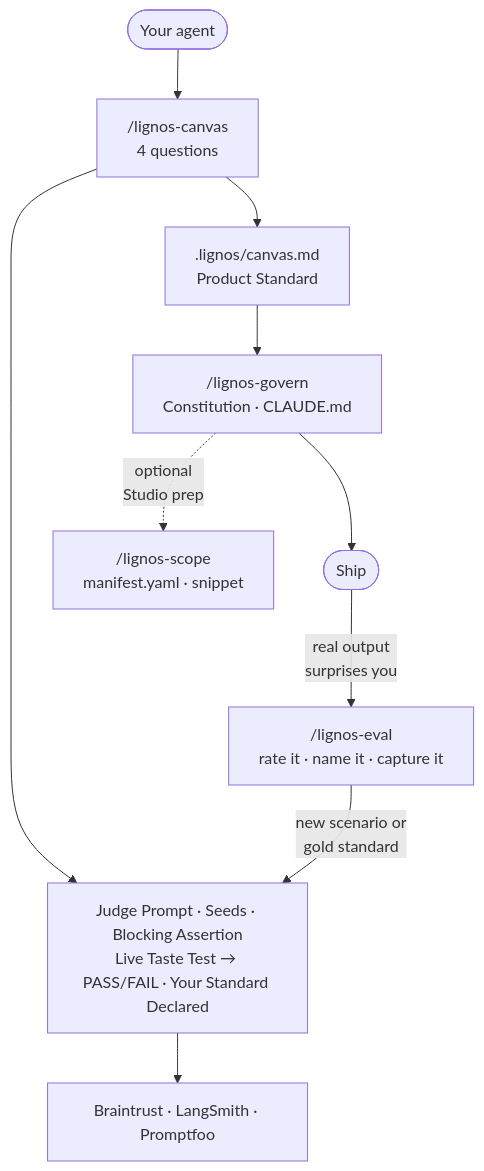
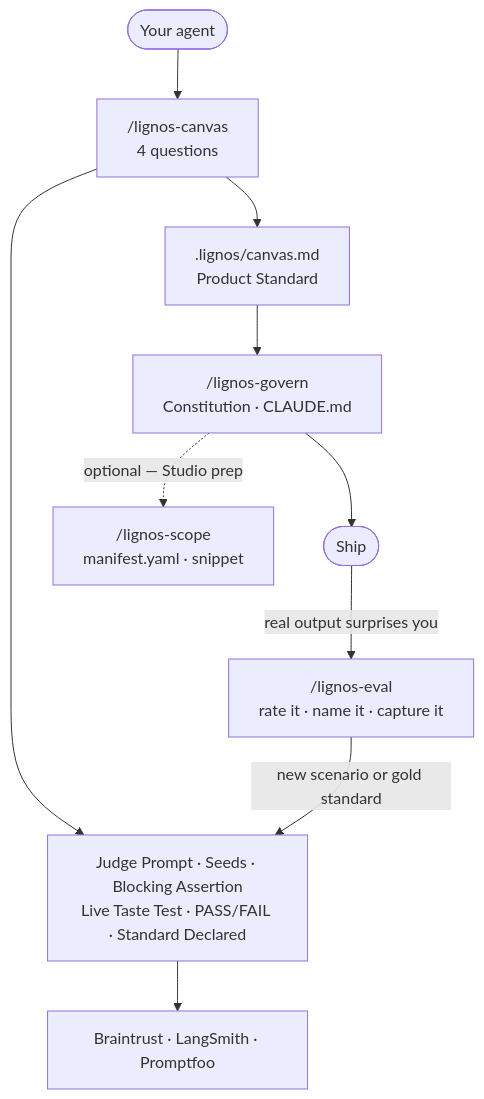
The diagram in README.md (lignos-ai/lignos-labs), drawn with Mermaid before and after one commit.

Commit message:
fix(readme): use <br/> in Mermaid node labels for GitHub rendering
GitHub's Mermaid renderer requires <br/> for line breaks inside node
labels. Also removed → arrow character from inside labels which can
confuse the parser.

````diff
--- a/README.md
+++ b/README.md
@@ -57,17 +57,17 @@
 ```mermaid
 flowchart TD
     Start(["Your agent"]) --> Canvas
 
-    Canvas["/lignos-canvas\n4 questions"]
-    Canvas --> Standard[".lignos/canvas.md\nProduct Standard"]
-    Canvas --> EvalSet["Judge Prompt · Seeds · Blocking Assertion\nLive Taste Test → PASS/FAIL · Your Standard Declared"]
+    Canvas["/lignos-canvas<br/>4 questions"]
+    Canvas --> Standard[".lignos/canvas.md<br/>Product Standard"]
+    Canvas --> EvalSet["Judge Prompt · Seeds · Blocking Assertion<br/>Live Taste Test · PASS/FAIL · Standard Declared"]
 
-    Standard --> Govern["/lignos-govern\nConstitution · CLAUDE.md"]
+    Standard --> Govern["/lignos-govern<br/>Constitution · CLAUDE.md"]
     Govern --> Ship(["Ship"])
-    Govern -.->|"optional\nStudio prep"| Scope["/lignos-scope\nmanifest.yaml · snippet"]
+    Govern -.->|"optional — Studio prep"| Scope["/lignos-scope<br/>manifest.yaml · snippet"]
 
     EvalSet --> Platforms["Braintrust · LangSmith · Promptfoo"]
 
-    Ship -->|"real output\nsurprises you"| Intake["/lignos-eval\nrate it · name it · capture it"]
-    Intake -->|"new scenario or\ngold standard"| EvalSet
+    Ship -->|"real output surprises you"| Intake["/lignos-eval<br/>rate it · name it · capture it"]
+    Intake -->|"new scenario or gold standard"| EvalSet
 ```
````
